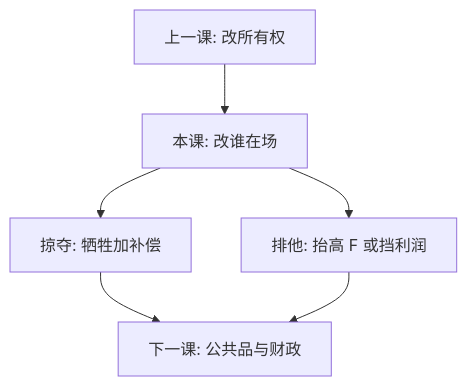
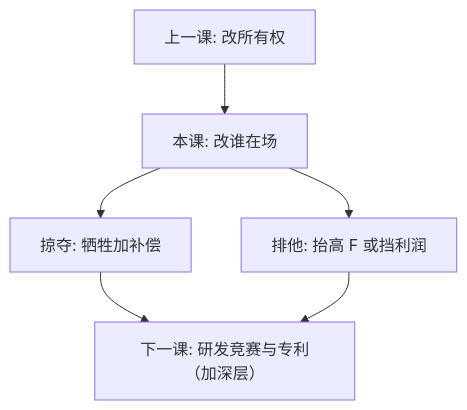
The first of 2 diagrams in docs/econ/predation-exclusion.md (xhongduo-tech/xhongduo-tech.github.io), drawn with Mermaid before and after one commit. The commit also changed other lines of this file and 3 other files, not shown here.

Commit message:
Content review econ-184: shutdown-rule example avoids the loss-making stretch in entry-exit-sunk, and stale course-order pointers repointed across the industrial-organization unit including both mermaid labels.

````diff
--- a/docs/econ/predation-exclusion.md
+++ b/docs/econ/predation-exclusion.md
@@ -34,8 +34,8 @@
 ```mermaid
 flowchart TD
   MER["上一课: 改所有权"] --> STR["本课: 改谁在场"]
   STR --> PRED["掠夺: 牺牲加补偿"]
   STR --> EXCL["排他: 抬高 F 或挡利润"]
-  PRED --> PF["下一课: 公共品与财政"]
+  PRED --> PF["下一课: 研发竞赛与专利（加深层）"]
   EXCL --> PF
 ```
````
